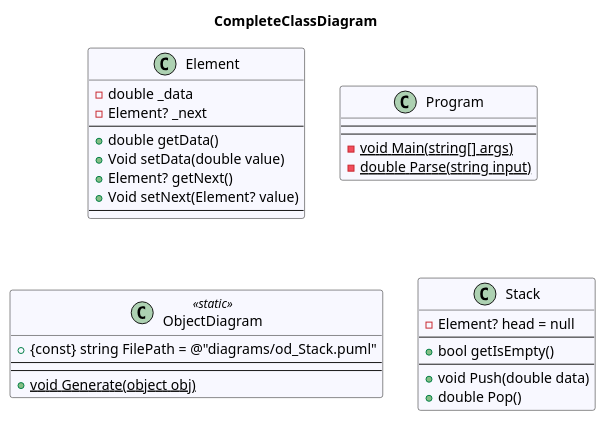
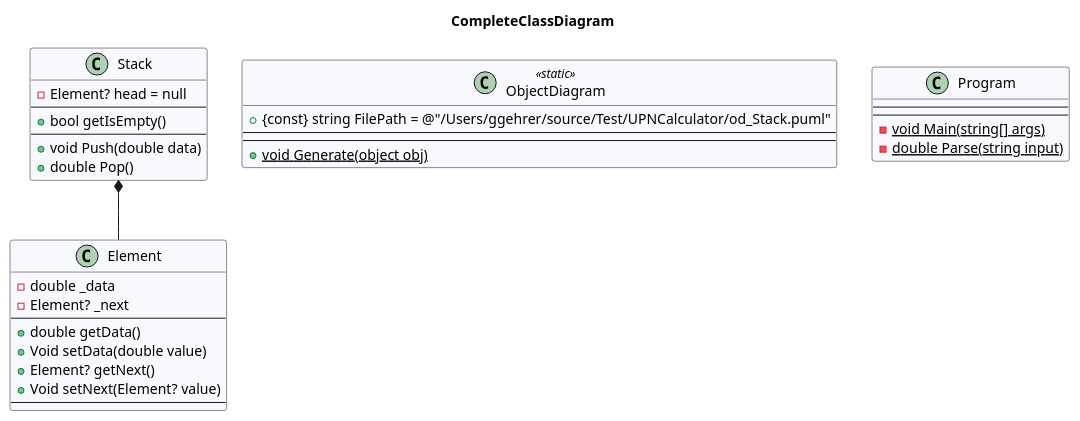
One commit to leoggehrer/2324-34_ABIF_ACIF_POSE changed the diagram in UPNCalculator.ConApp/diagrams/CompleteClassDiagram.puml. Above: the diagram before and after it, drawn with PlantUML. The commit also changed 37 other files, not shown here.

```diff
--- a/UPNCalculator.ConApp/diagrams/CompleteClassDiagram.puml
+++ b/UPNCalculator.ConApp/diagrams/CompleteClassDiagram.puml
@@ -1,33 +1,36 @@
 @startuml CompleteClassDiagram
 title CompleteClassDiagram
  class Element #GhostWhite {
 - double _data
 - Element? _next
 ---
 + double getData()
 + Void setData(double value)
 + Element? getNext()
 + Void setNext(Element? value)
 ---
 }
+ class ObjectDiagram << static >> #GhostWhite {
++ {const} string FilePath = @"/Users/ggehrer/source/Test/UPNCalculator/od_Stack.puml"
+---
+---
++ {static} void Generate(object obj)
+}
  class Program #GhostWhite {
 ---
 ---
 - {static} void Main(string[] args)
 - {static} double Parse(string input)
-}
- class ObjectDiagram << static >> #GhostWhite {
-+ {const} string FilePath = @"diagrams/od_Stack.puml"
----
----
-+ {static} void Generate(object obj)
 }
  class Stack #GhostWhite {
 - Element? head = null
 ---
 + bool getIsEmpty()
 ---
 + void Push(double data)
 + double Pop()
 }
+' CustomUML
+Stack *-- Element
+' CustomUML
 @enduml
```
